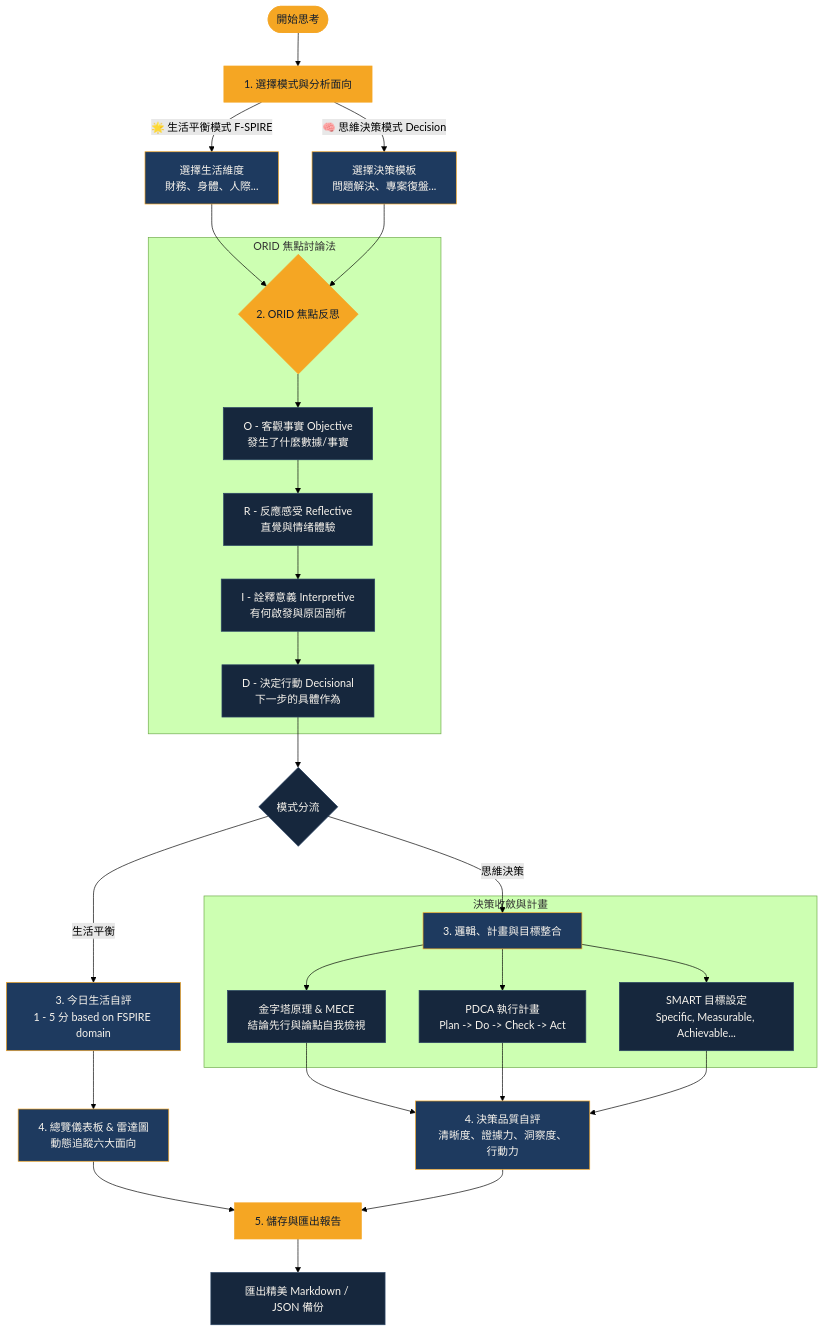
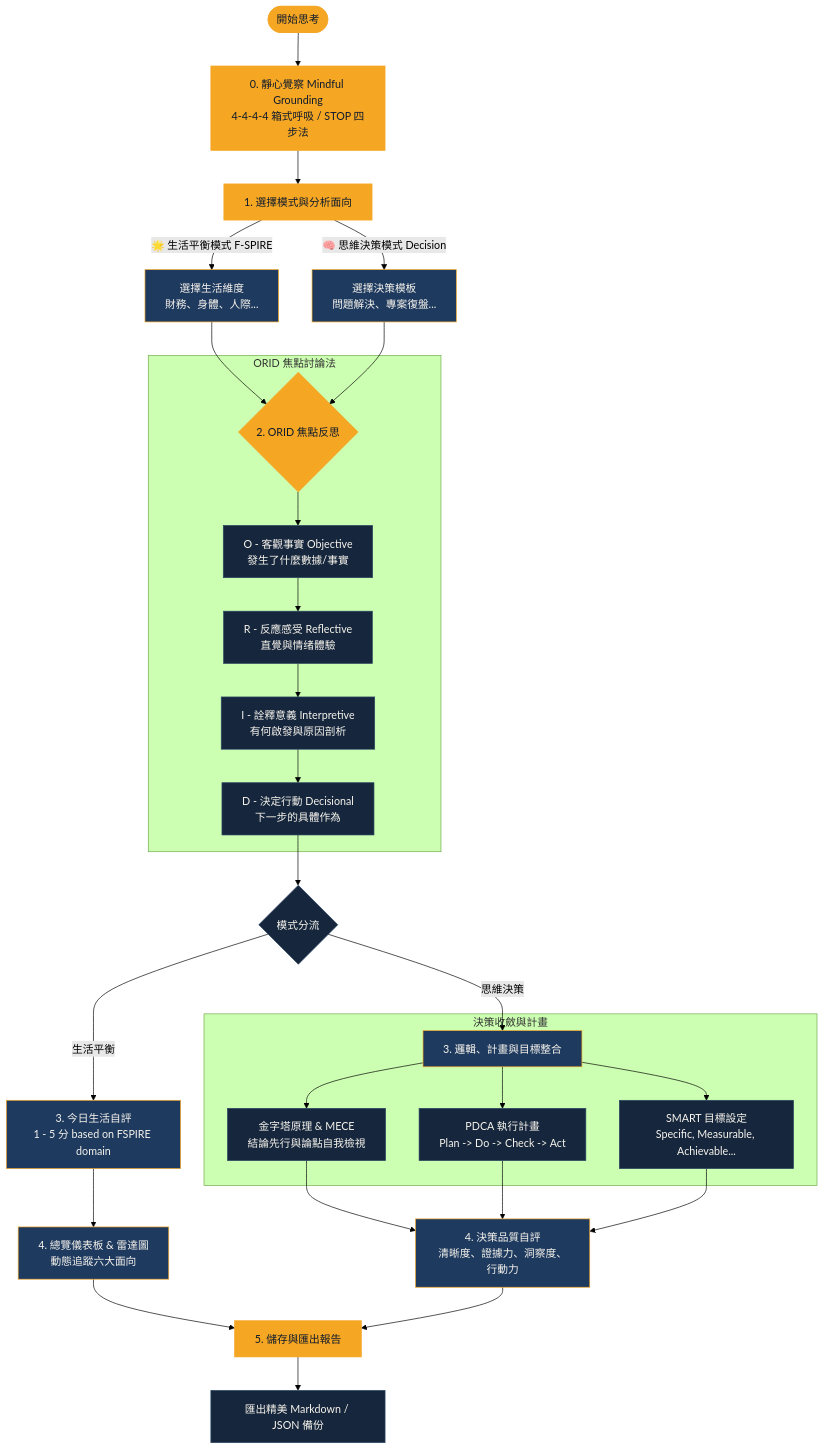
Before and after one commit to SinLiongToo/fspire_ordid_retrospective: the diagram in README.md, drawn with Mermaid (forest theme). The commit also changed other lines of this file and 2 other files, not shown here.

Commit message:
feat: 新增自我覺察與定心工具 (Mindful Grounding: 箱式呼吸 & STOP 技巧)

````diff
--- a/README.md
+++ b/README.md
@@ -11,42 +11,43 @@
 ```mermaid
 flowchart TD
-    Start([開始思考]) --> Step1[1. 選擇模式與分析面向]
+    Start([開始思考]) --> Step0[0. 靜心覺察 Mindful Grounding<br>4-4-4-4 箱式呼吸 / STOP 四步法]
+    Step0 --> Step1[1. 選擇模式與分析面向]
     
     Step1 --> |🌟 生活平衡模式 F-SPIRE| DomainLife[選擇生活維度<br>財務、身體、人際...]
     Step1 --> |🧠 思維決策模式 Decision| DomainDec[選擇決策模板<br>問題解決、專案復盤...]
     
     DomainLife & DomainDec --> Step2{2. ORID 焦點反思}
     
     subgraph ORID_Reflection [ORID 焦點討論法]
         Step2 --> O[O - 客觀事實 Objective<br>發生了什麼數據/事實]
         O --> R[R - 反應感受 Reflective<br>直覺與情绪體驗]
         R --> I[I - 詮釋意義 Interpretive<br>有何啟發與原因剖析]
         I --> D[D - 決定行動 Decisional<br>下一步的具體作為]
     end
     
     D --> ModeSplit{模式分流}
     
     ModeSplit --> |生活平衡| Step3Life[3. 今日生活自評<br>1 - 5 分 based on FSPIRE domain]
     ModeSplit --> |思維決策| Step3Dec[3. 邏輯、計畫與目標整合]
     
     subgraph Decision_Synthesis [決策收斂與計畫]
         Step3Dec --> MECE[金字塔原理 & MECE<br>結論先行與論點自我檢視]
         Step3Dec --> PDCA[PDCA 執行計畫<br>Plan -> Do -> Check -> Act]
         Step3Dec --> SMART[SMART 目標設定<br>Specific, Measurable, Achievable...]
     end
     
     Step3Life --> Step4Life[4. 總覽儀表板 & 雷達圖<br>動態追蹤六大面向]
     
     MECE & PDCA & SMART --> Step4Dec[4. 決策品質自評<br>清晰度、證據力、洞察度、行動力]
     
     Step4Life & Step4Dec --> Step5[5. 儲存與匯出報告]
     Step5 --> Export[匯出精美 Markdown / JSON 備份]
     
     %% Styling
     classDef default fill:#16273D,stroke:#2C4666,color:#F8F4ED;
     classDef highlight fill:#F5A623,stroke:#F5A623,color:#0F1B2D;
     classDef branch fill:#1E3A5F,stroke:#F5A623,color:#F8F4ED;
     
-    class Start,Step1,Step2,Step5 highlight;
+    class Start,Step0,Step1,Step2,Step5 highlight;
     class DomainLife,DomainDec,Step3Life,Step3Dec,Step4Life,Step4Dec branch;
 ```
````
